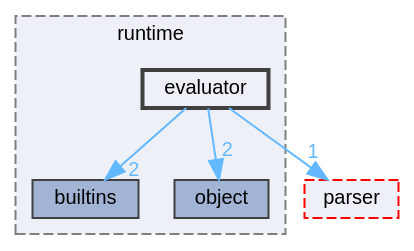
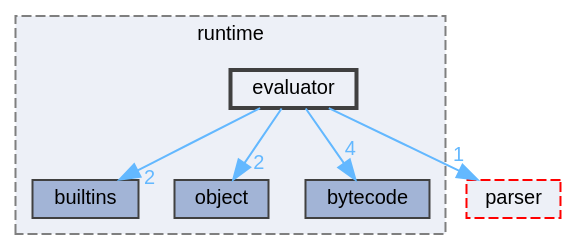
One commit to kejunp/kejunp.github.io changed the diagram in pebbl/docs/dir_41d65f3f775614b66ca7d3f2594b2a84_dep.dot. Above: the diagram before and after it, drawn with Graphviz. The commit also changed 238 other files, not shown here.

```diff
--- a/pebbl/docs/dir_41d65f3f775614b66ca7d3f2594b2a84_dep.dot
+++ b/pebbl/docs/dir_41d65f3f775614b66ca7d3f2594b2a84_dep.dot
@@ -1,18 +1,20 @@
 digraph "src/runtime/evaluator"
 {
  // LATEX_PDF_SIZE
   bgcolor="transparent";
   edge [fontname=Helvetica,fontsize=10,labelfontname=Helvetica,labelfontsize=10];
   node [fontname=Helvetica,fontsize=10,shape=box,height=0.2,width=0.4];
   compound=true
   subgraph clusterdir_bf9f26469d00835ba20ff8d80ee5a804 {
     graph [ bgcolor="#edf0f7", pencolor="grey50", label="runtime", fontname=Helvetica,fontsize=10 style="filled,dashed", URL="dir_bf9f26469d00835ba20ff8d80ee5a804.html",tooltip=""]
   dir_0c3dcd0ce7c49a87e7aa12e7eefa6b9f [label="builtins", fillcolor="#a2b4d6", color="grey25", style="filled", URL="dir_0c3dcd0ce7c49a87e7aa12e7eefa6b9f.html",tooltip=""];
   dir_7b3ca0f1a5442f5bcf8fa402d7489a6e [label="object", fillcolor="#a2b4d6", color="grey25", style="filled", URL="dir_7b3ca0f1a5442f5bcf8fa402d7489a6e.html",tooltip=""];
+  dir_dc173274177e136e411a703609877c31 [label="bytecode", fillcolor="#a2b4d6", color="grey25", style="filled", URL="dir_dc173274177e136e411a703609877c31.html",tooltip=""];
   dir_41d65f3f775614b66ca7d3f2594b2a84 [label="evaluator", fillcolor="#edf0f7", color="grey25", style="filled,bold", URL="dir_41d65f3f775614b66ca7d3f2594b2a84.html",tooltip=""];
   }
   dir_6cd8491d143eb218b70983dbdb3c58bc [label="parser", fillcolor="#edf0f7", color="red", style="filled,dashed", URL="dir_6cd8491d143eb218b70983dbdb3c58bc.html",tooltip=""];
-  dir_41d65f3f775614b66ca7d3f2594b2a84->dir_0c3dcd0ce7c49a87e7aa12e7eefa6b9f [headlabel="2", labeldistance=1.5 headhref="dir_000002_000001.html" href="dir_000002_000001.html" color="steelblue1" fontcolor="steelblue1"];
-  dir_41d65f3f775614b66ca7d3f2594b2a84->dir_6cd8491d143eb218b70983dbdb3c58bc [headlabel="1", labeldistance=1.5 headhref="dir_000002_000005.html" href="dir_000002_000005.html" color="steelblue1" fontcolor="steelblue1"];
-  dir_41d65f3f775614b66ca7d3f2594b2a84->dir_7b3ca0f1a5442f5bcf8fa402d7489a6e [headlabel="2", labeldistance=1.5 headhref="dir_000002_000004.html" href="dir_000002_000004.html" color="steelblue1" fontcolor="steelblue1"];
+  dir_41d65f3f775614b66ca7d3f2594b2a84->dir_0c3dcd0ce7c49a87e7aa12e7eefa6b9f [headlabel="2", labeldistance=1.5 headhref="dir_000003_000001.html" href="dir_000003_000001.html" color="steelblue1" fontcolor="steelblue1"];
+  dir_41d65f3f775614b66ca7d3f2594b2a84->dir_6cd8491d143eb218b70983dbdb3c58bc [headlabel="1", labeldistance=1.5 headhref="dir_000003_000006.html" href="dir_000003_000006.html" color="steelblue1" fontcolor="steelblue1"];
+  dir_41d65f3f775614b66ca7d3f2594b2a84->dir_7b3ca0f1a5442f5bcf8fa402d7489a6e [headlabel="2", labeldistance=1.5 headhref="dir_000003_000005.html" href="dir_000003_000005.html" color="steelblue1" fontcolor="steelblue1"];
+  dir_41d65f3f775614b66ca7d3f2594b2a84->dir_dc173274177e136e411a703609877c31 [headlabel="4", labeldistance=1.5 headhref="dir_000003_000002.html" href="dir_000003_000002.html" color="steelblue1" fontcolor="steelblue1"];
 }
```
